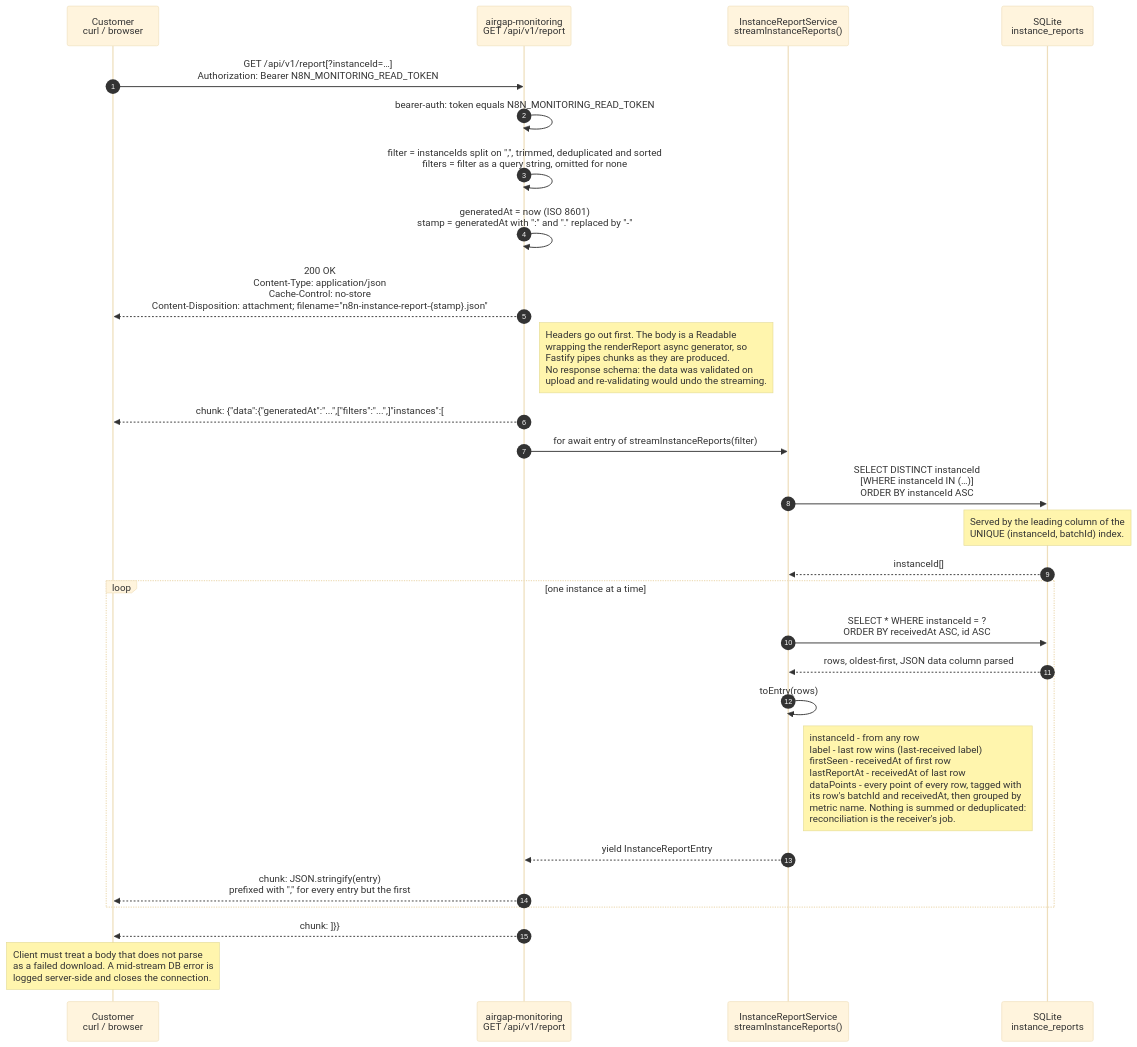
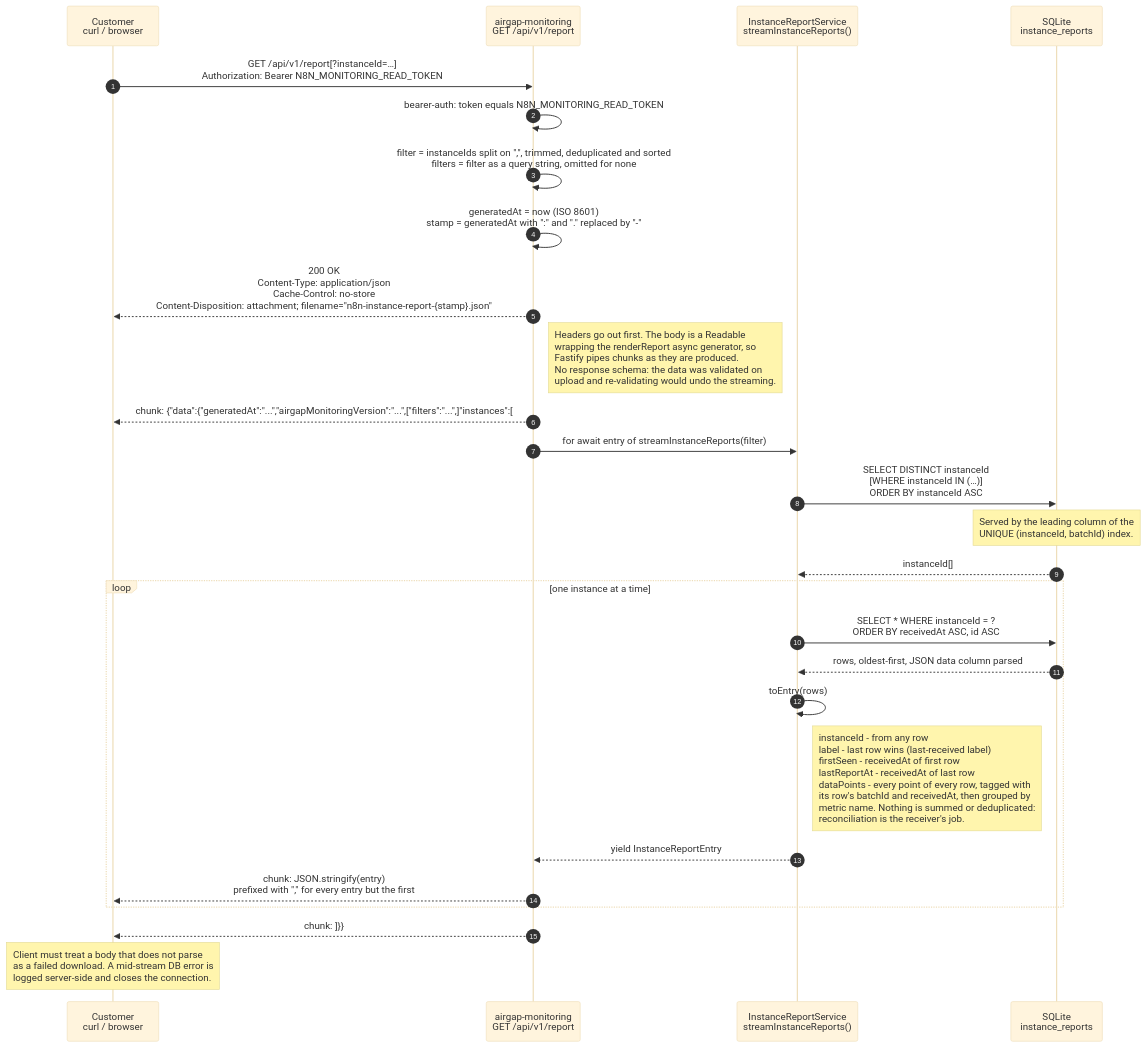
One commit to n8n-io/n8n-airgap-monitoring changed the second of 2 diagrams in docs/DIAGRAMS.md. Above: the diagram before and after it, drawn with Mermaid (base theme). The commit also changed other lines of this file and 11 other files, not shown here.

Commit message:
feat: Include airgap-monitoring version in report response (#35)

````diff
--- a/docs/DIAGRAMS.md
+++ b/docs/DIAGRAMS.md
@@ -104,39 +104,39 @@
 ```mermaid
 ---
 config:
   sequence:
     noteAlign: left
 ---
 sequenceDiagram
     autonumber
     participant C as Customer<br/>curl / browser
     participant API as airgap-monitoring<br/>GET /api/v1/report
     participant SVC as InstanceReportService<br/>streamInstanceReports()
     participant DB as SQLite<br/>instance_reports
 
     C->>API: GET /api/v1/report[?instanceId=…]<br/>Authorization: Bearer N8N_MONITORING_READ_TOKEN
     API->>API: bearer-auth: token equals N8N_MONITORING_READ_TOKEN
     API->>API: filter = instanceIds split on ",", trimmed, deduplicated and sorted<br/>filters = filter as a query string, omitted for none
     API->>API: generatedAt = now (ISO 8601)<br/>stamp = generatedAt with ":" and "." replaced by "-"
     API-->>C: 200 OK<br/>Content-Type: application/json<br/>Cache-Control: no-store<br/>Content-Disposition: attachment#59; filename="n8n-instance-report-{stamp}.json"
     Note right of API: Headers go out first. The body is a Readable<br/>wrapping the renderReport async generator, so<br/>Fastify pipes chunks as they are produced.<br/>No response schema: the data was validated on<br/>upload and re-validating would undo the streaming.
 
-    API-->>C: chunk: {"data":{"generatedAt":"...",["filters":"...",]"instances":[
+    API-->>C: chunk: {"data":{"generatedAt":"...","airgapMonitoringVersion":"...",["filters":"...",]"instances":[
 
     API->>SVC: for await entry of streamInstanceReports(filter)
     SVC->>DB: SELECT DISTINCT instanceId<br/>[WHERE instanceId IN (…)]<br/>ORDER BY instanceId ASC
     Note over DB: Served by the leading column of the<br/>UNIQUE (instanceId, batchId) index.
     DB-->>SVC: instanceId[]
 
     loop one instance at a time
         SVC->>DB: SELECT * WHERE instanceId = ?<br/>ORDER BY receivedAt ASC, id ASC
         DB-->>SVC: rows, oldest-first, JSON data column parsed
         SVC->>SVC: toEntry(rows)
         Note right of SVC: instanceId - from any row<br/>label - last row wins (last-received label)<br/>firstSeen - receivedAt of first row<br/>lastReportAt - receivedAt of last row<br/>dataPoints - every point of every row, tagged with<br/>its row's batchId and receivedAt, then grouped by<br/>metric name. Nothing is summed or deduplicated:<br/>reconciliation is the receiver's job.
         SVC-->>API: yield InstanceReportEntry
         API-->>C: chunk: JSON.stringify(entry)<br/>prefixed with "," for every entry but the first
     end
 
     API-->>C: chunk: ]}}
     Note over C: Client must treat a body that does not parse<br/>as a failed download. A mid-stream DB error is<br/>logged server-side and closes the connection.
 ```
````
